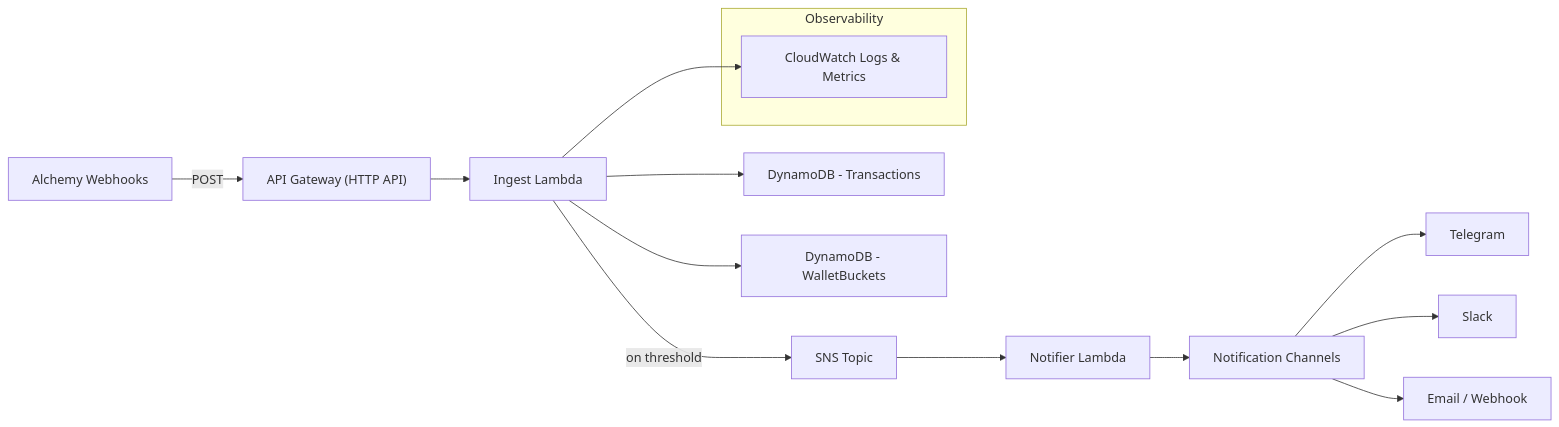
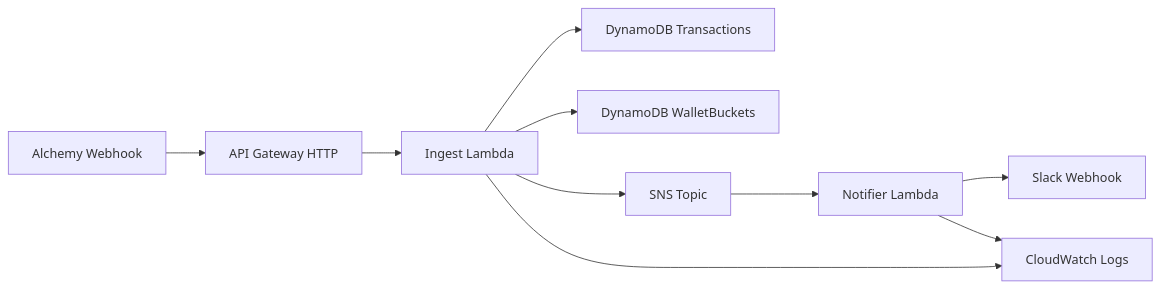
One commit to jimesal/serverless-eth-watcher changed the first of 2 diagrams in README.md. Above: the diagram before and after it, drawn with Mermaid. The commit also changed other lines of this file, not shown here.

`````diff
--- a/README.md
+++ b/README.md
@@ -17,21 +13,12 @@
 ```mermaid
 flowchart LR
-  A[Alchemy Webhooks] -->|POST| B["API Gateway (HTTP API)"]
+  A[Alchemy Webhook] --> B[API Gateway HTTP]
   B --> C[Ingest Lambda]
-
-  C --> D[DynamoDB - Transactions]
-  C --> E[DynamoDB - WalletBuckets]
-  C -->|on threshold| F[SNS Topic]
-
+  C --> D[DynamoDB Transactions]
+  C --> E[DynamoDB WalletBuckets]
+  C --> F[SNS Topic]
   F --> G[Notifier Lambda]
-  G --> H[Notification Channels]
-  H --> H1[Telegram]
-  H --> H2[Slack]
-  H --> H3[Email / Webhook]
-
-  subgraph Observability
-    I[CloudWatch Logs & Metrics]
-  end
-
-  C --> I
-  ````
+  G --> H[Slack Webhook]
+  C --> I[CloudWatch Logs]
+  G --> I
+```
`````
